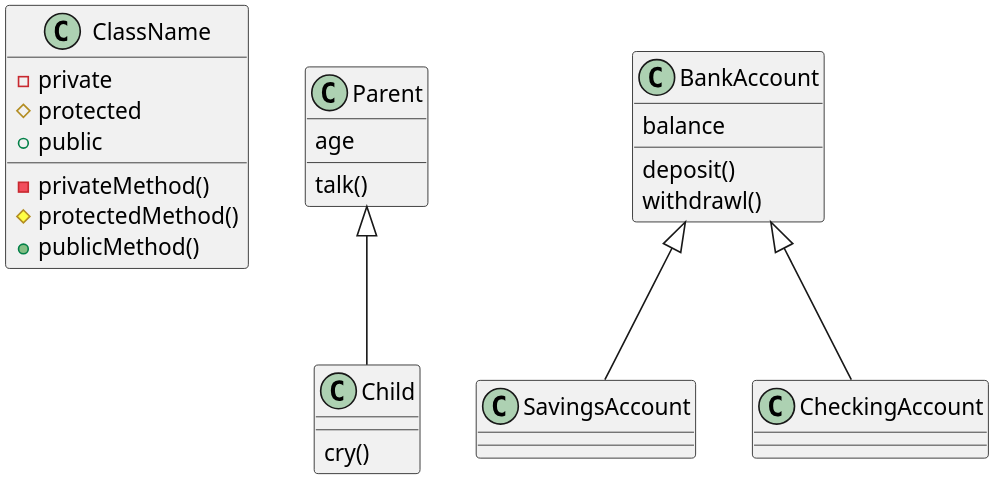
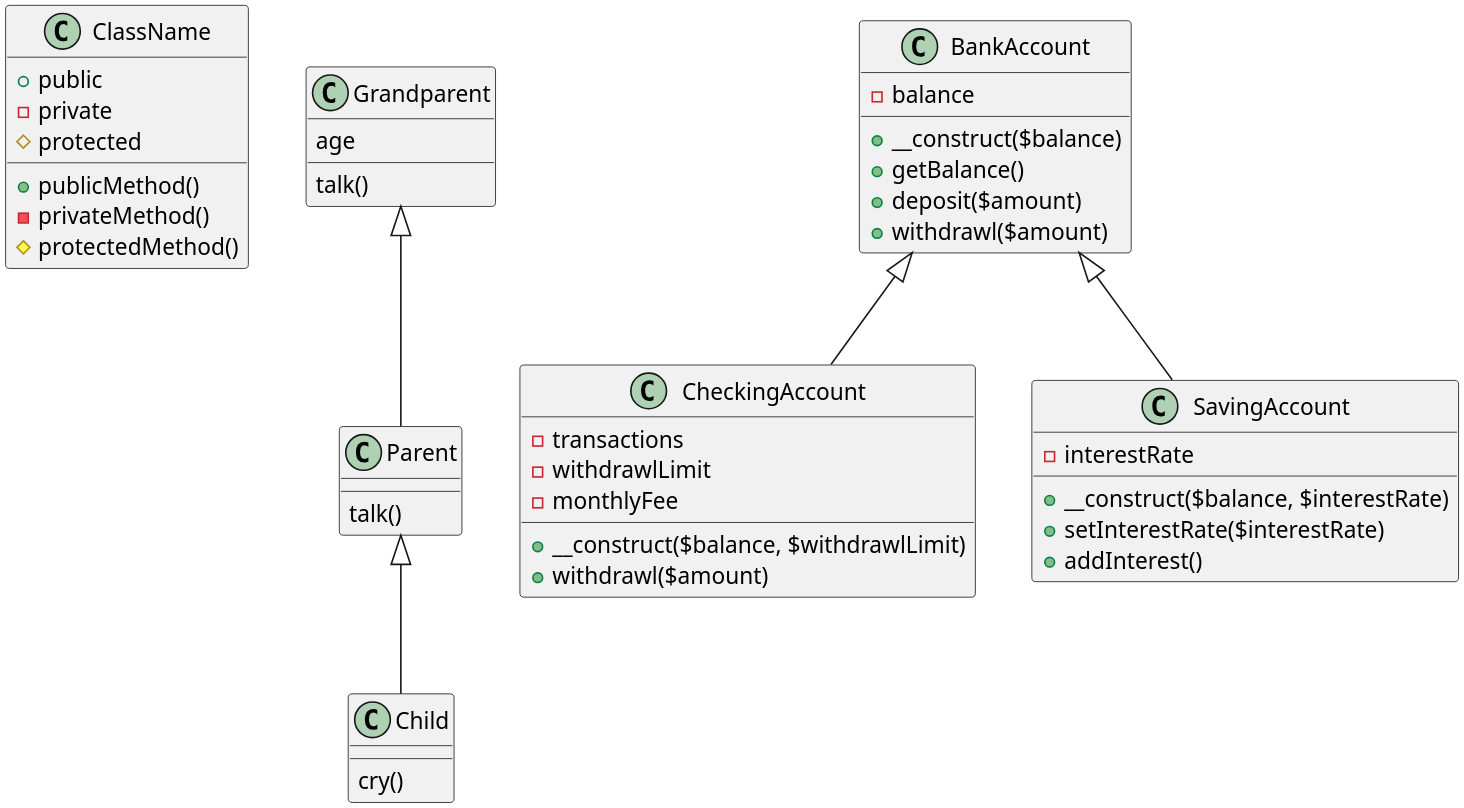
One commit to ngyvc/block3-adv-web changed the diagram in notes/inheritance.puml. Above: the diagram before and after it, drawn with PlantUML. The commit also changed 4 other files, not shown here.

```diff
--- a/notes/inheritance.puml
+++ b/notes/inheritance.puml
@@ -1,34 +1,57 @@
 @startuml
 scale 3
 class ClassName {
+    +public
     -private
     #protected
-    +public
+    +publicMethod()
     -privateMethod()
     #protectedMethod()
-    +publicMethod()
 }
-class Parent {
+
+class Grandparent {
     age
     talk()
 }
+
+class Parent extends Grandparent {
+    talk()
+}
+
 class Child extends Parent {
     cry()
 }
+
 class BankAccount {
-    balance
-    deposit()
-    withdrawl()
+    -balance
+    +__construct($balance)
+    +getBalance()
+    +deposit($amount)
+    +withdrawl($amount)
 }
-class SavingsAccount extends BankAccount
-class CheckingAccount extends BankAccount
-' class Vehicle {
+
+class CheckingAccount extends BankAccount {
+    -transactions
+    -withdrawlLimit
+    -monthlyFee
+    +__construct($balance, $withdrawlLimit)
+    +withdrawl($amount)
+}
+
+class SavingAccount extends BankAccount {
+    -interestRate
+    +__construct($balance, $interestRate)
+    +setInterestRate($interestRate)
+    +addInterest()
+}
+
+'class Vehicle {
 '     move()
 ' }
 ' class Car extends Vehicle
 ' class Bike extends Vehicle
 ' class Boat extends Vehicle
 ' class Bus extends Vehicle
 ' class Train extends Vehicle
 ' class Plane extends Vehicle
 @enduml
```
